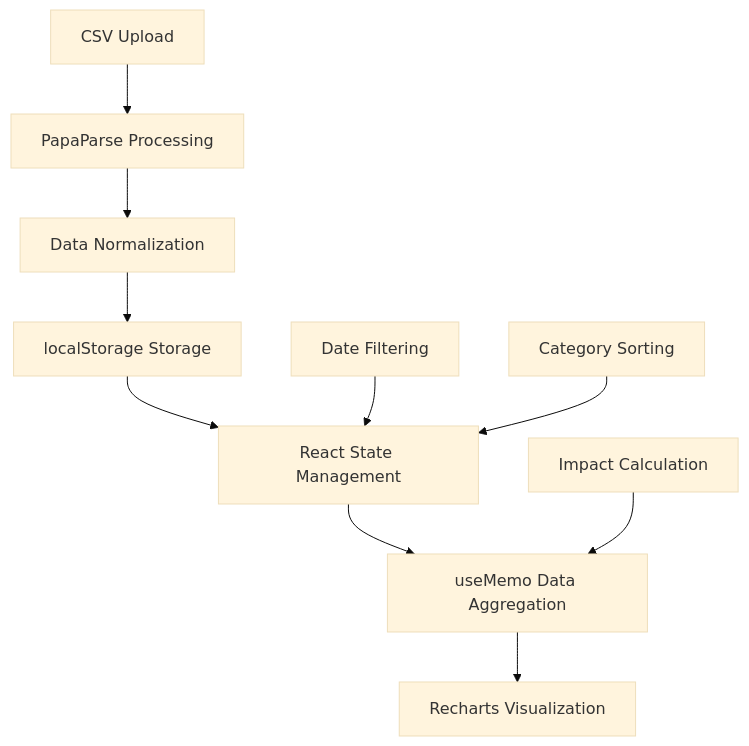
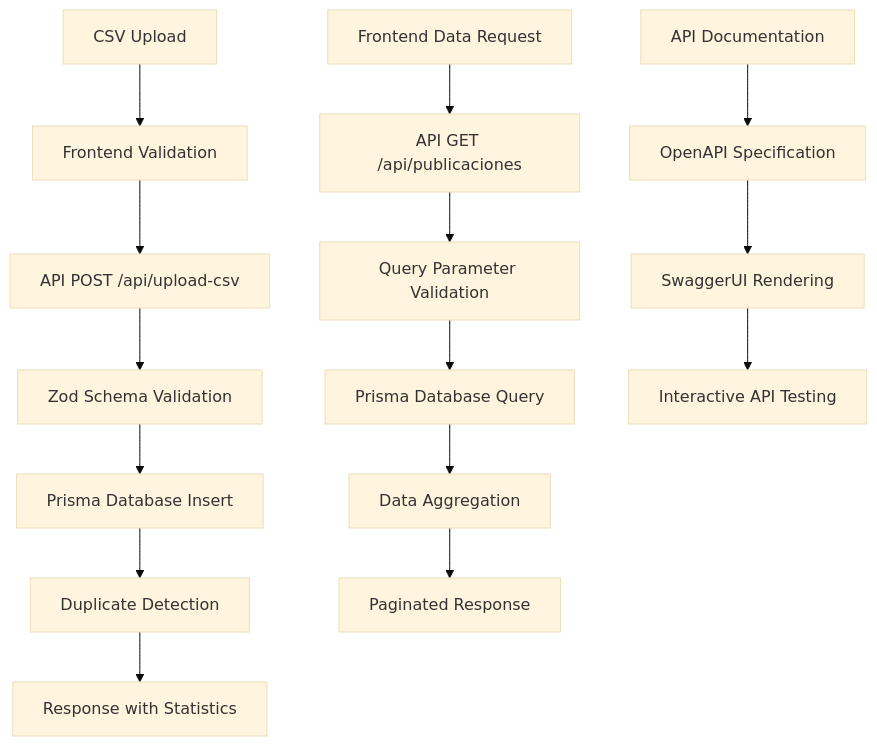
The diagram in TECHNICAL_DOCS.md (SAMI-Panacea-Consultores/preview_chars), drawn with Mermaid (base theme) before and after one commit. The commit also changed other lines of this file and 2 other files, not shown here.

First line of the commit message:
docs: Actualizar documentación completa para API First v2.0.0

````diff
--- a/TECHNICAL_DOCS.md
+++ b/TECHNICAL_DOCS.md
@@ -23,13 +34,19 @@
 ```mermaid
 graph TD
-    A[CSV Upload] --> B[PapaParse Processing]
-    B --> C[Data Normalization]
-    C --> D[localStorage Storage]
-    D --> E[React State Management]
-    E --> F[useMemo Data Aggregation]
-    F --> G[Recharts Visualization]
+    A[CSV Upload] --> B[Frontend Validation]
+    B --> C[API POST /api/upload-csv]
+    C --> D[Zod Schema Validation]
+    D --> E[Prisma Database Insert]
+    E --> F[Duplicate Detection]
+    F --> G[Response with Statistics]
     
-    H[Date Filtering] --> E
-    I[Category Sorting] --> E
-    J[Impact Calculation] --> F
+    H[Frontend Data Request] --> I[API GET /api/publicaciones]
+    I --> J[Query Parameter Validation]
+    J --> K[Prisma Database Query]
+    K --> L[Data Aggregation]
+    L --> M[Paginated Response]
+    
+    N[API Documentation] --> O[OpenAPI Specification]
+    O --> P[SwaggerUI Rendering]
+    P --> Q[Interactive API Testing]
 ```
````
